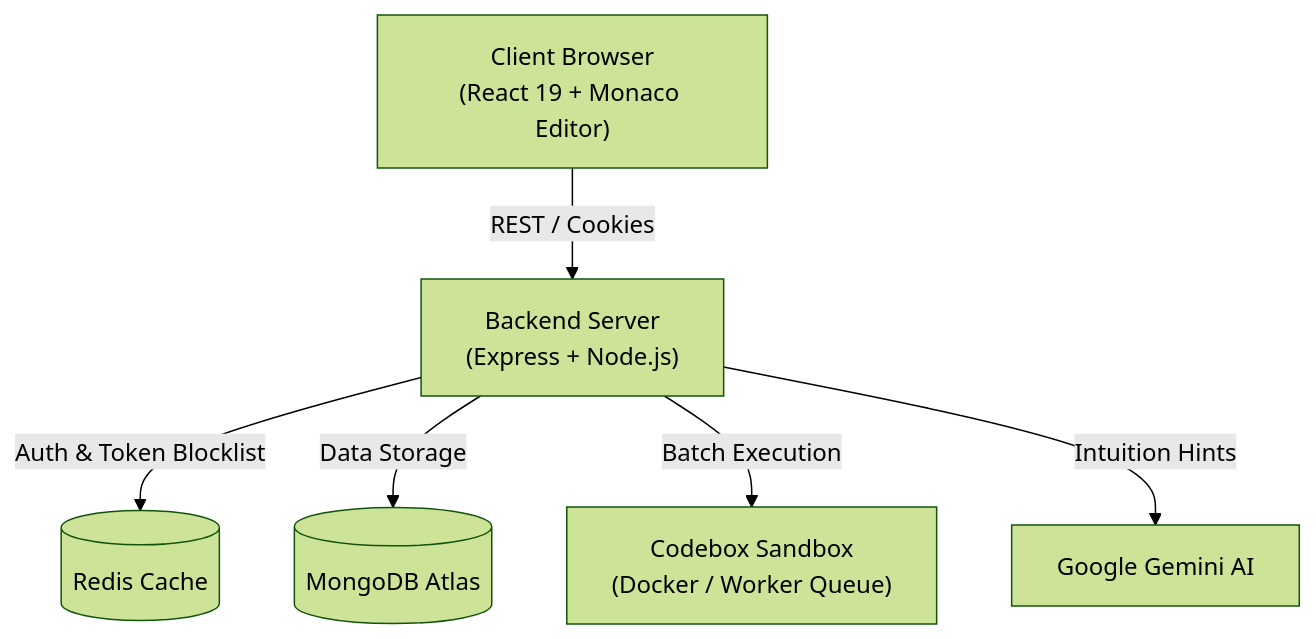
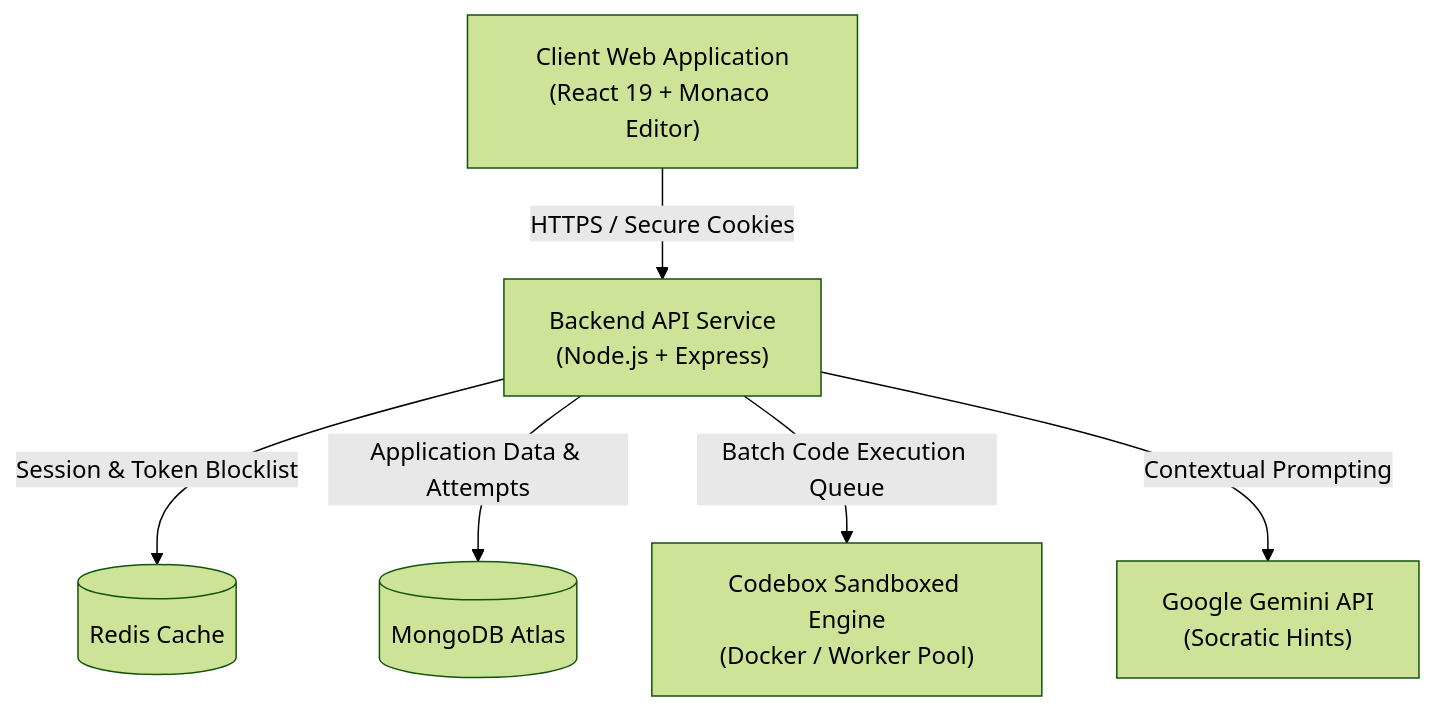
One commit to Y45hK1r0l4/CodeCaliber changed the diagram in README.md. Above: the diagram before and after it, drawn with Mermaid (forest theme). The commit also changed other lines of this file, not shown here.

Commit message:
Update README with CodeCaliber branding, zero emojis, and complete API reference

````diff
--- a/README.md
+++ b/README.md
@@ -31,8 +31,8 @@
 ```mermaid
 graph TD
-    Client["Client Browser<br/>(React 19 + Monaco Editor)"] -->|REST / Cookies| API["Backend Server<br/>(Express + Node.js)"]
-    API -->|Auth & Token Blocklist| Redis[("Redis Cache")]
-    API -->|Data Storage| DB[("MongoDB Atlas")]
-    API -->|Batch Execution| Codebox["Codebox Sandbox<br/>(Docker / Worker Queue)"]
-    API -->|Intuition Hints| Gemini["Google Gemini AI"]
+    Client["Client Web Application<br/>(React 19 + Monaco Editor)"] -->|HTTPS / Secure Cookies| API["Backend API Service<br/>(Node.js + Express)"]
+    API -->|Session & Token Blocklist| Cache[("Redis Cache")]
+    API -->|Application Data & Attempts| Database[("MongoDB Atlas")]
+    API -->|Batch Code Execution Queue| Sandbox["Codebox Sandboxed Engine<br/>(Docker / Worker Pool)"]
+    API -->|Contextual Prompting| LLM["Google Gemini API<br/>(Socratic Hints)"]
 ```
````
